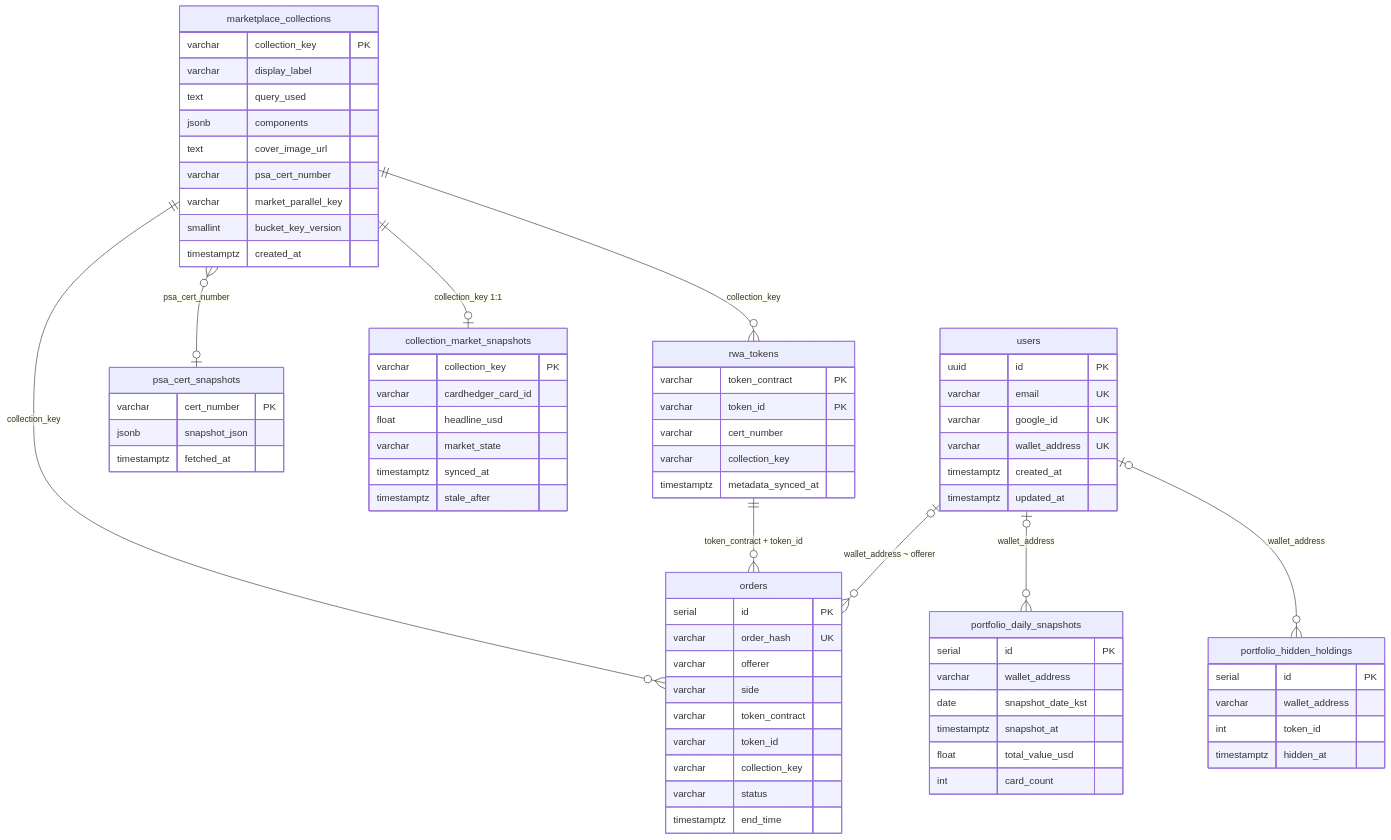
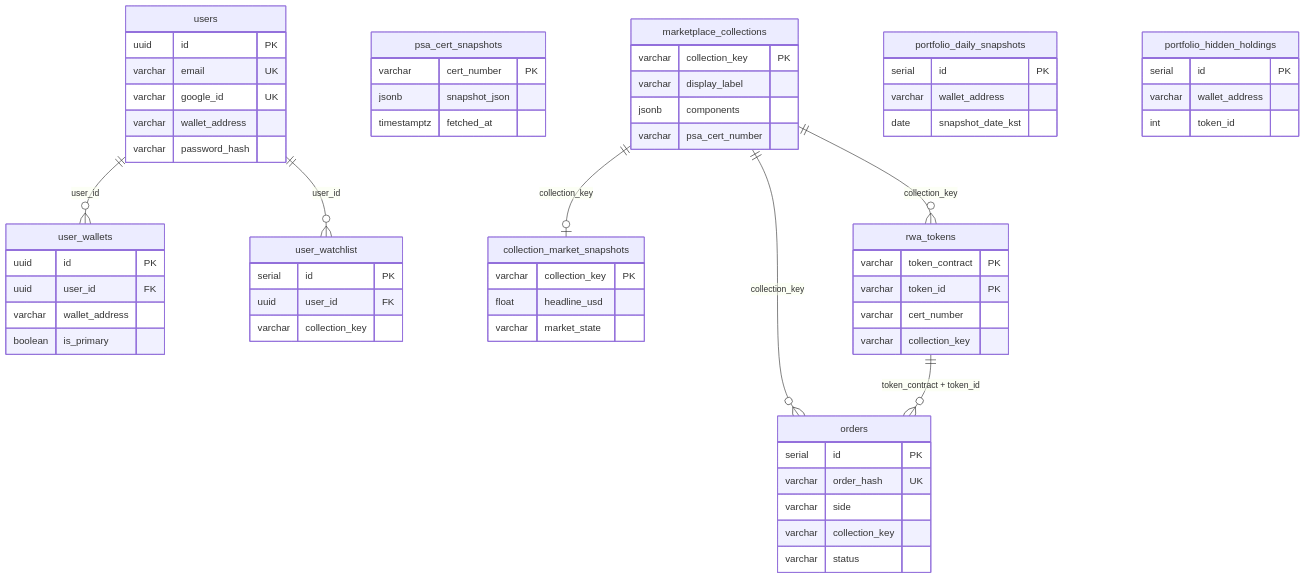
The first of 2 diagrams in docs/architecture/database.md (tokenable-dev/tokenable-dev), drawn with Mermaid before and after one commit. The commit also changed other lines of this file and 22 other files, not shown here.

````diff
--- a/docs/architecture/database.md
+++ b/docs/architecture/database.md
@@ -44,9 +73,21 @@
         uuid id PK
         varchar email UK
         varchar google_id UK
-        varchar wallet_address UK
-        timestamptz created_at
-        timestamptz updated_at
+        varchar wallet_address
+        varchar password_hash
+    }
+
+    user_wallets {
+        uuid id PK
+        uuid user_id FK
+        varchar wallet_address
+        boolean is_primary
+    }
+
+    user_watchlist {
+        serial id PK
+        uuid user_id FK
+        varchar collection_key
     }
 
     psa_cert_snapshots {
@@ -58,22 +99,14 @@
     marketplace_collections {
         varchar collection_key PK
         varchar display_label
-        text query_used
         jsonb components
-        text cover_image_url
         varchar psa_cert_number
-        varchar market_parallel_key
-        smallint bucket_key_version
-        timestamptz created_at
     }
 
     collection_market_snapshots {
         varchar collection_key PK
-        varchar cardhedger_card_id
         float headline_usd
         varchar market_state
-        timestamptz synced_at
-        timestamptz stale_after
     }
 
     rwa_tokens {
@@ -81,43 +114,32 @@
         varchar token_id PK
         varchar cert_number
         varchar collection_key
-        timestamptz metadata_synced_at
     }
 
     orders {
         serial id PK
         varchar order_hash UK
-        varchar offerer
         varchar side
-        varchar token_contract
-        varchar token_id
         varchar collection_key
         varchar status
-        timestamptz end_time
     }
 
     portfolio_daily_snapshots {
         serial id PK
         varchar wallet_address
         date snapshot_date_kst
-        timestamptz snapshot_at
-        float total_value_usd
-        int card_count
     }
 
     portfolio_hidden_holdings {
         serial id PK
         varchar wallet_address
         int token_id
-        timestamptz hidden_at
     }
 
-    marketplace_collections ||--o| collection_market_snapshots : "collection_key 1:1"
+    users ||--o{ user_wallets : "user_id"
+    users ||--o{ user_watchlist : "user_id"
+    marketplace_collections ||--o| collection_market_snapshots : "collection_key"
     marketplace_collections ||--o{ orders : "collection_key"
     marketplace_collections ||--o{ rwa_tokens : "collection_key"
-    marketplace_collections }o--o| psa_cert_snapshots : "psa_cert_number"
     rwa_tokens ||--o{ orders : "token_contract + token_id"
-    users |o--o{ orders : "wallet_address ~ offerer"
-    users |o--o{ portfolio_daily_snapshots : "wallet_address"
-    users |o--o{ portfolio_hidden_holdings : "wallet_address"
 ```
````
